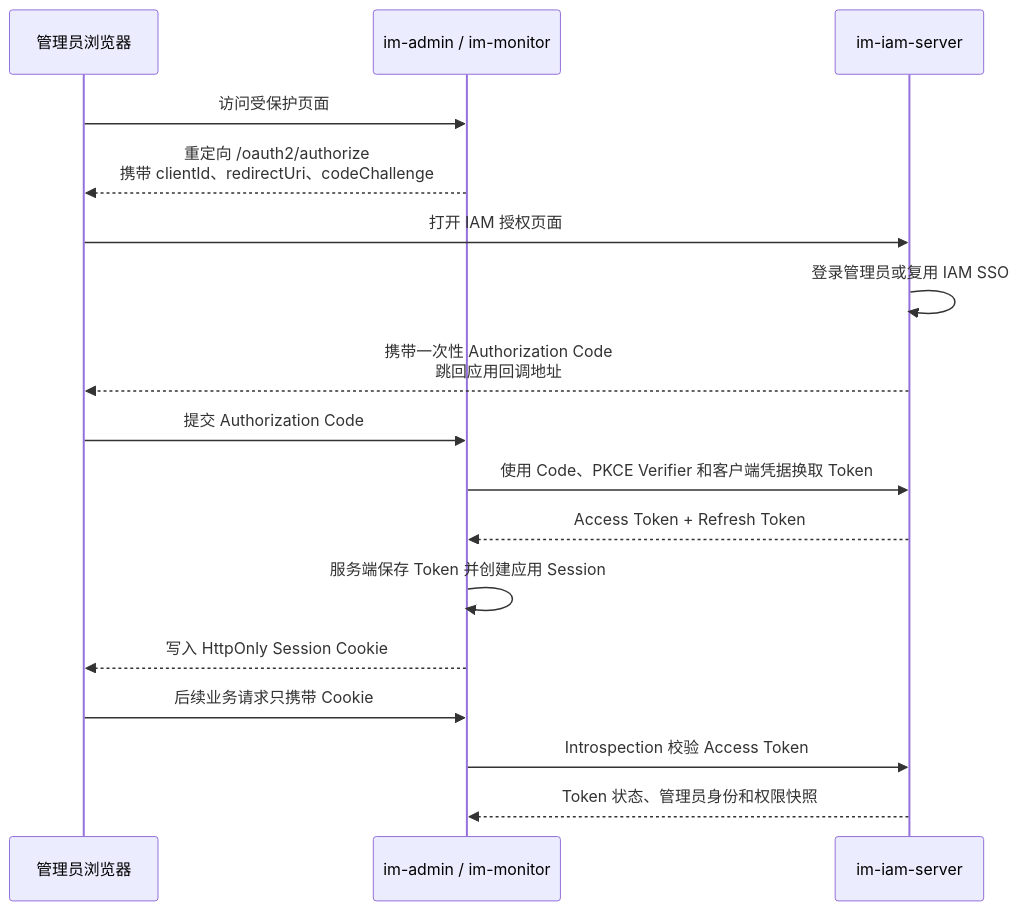
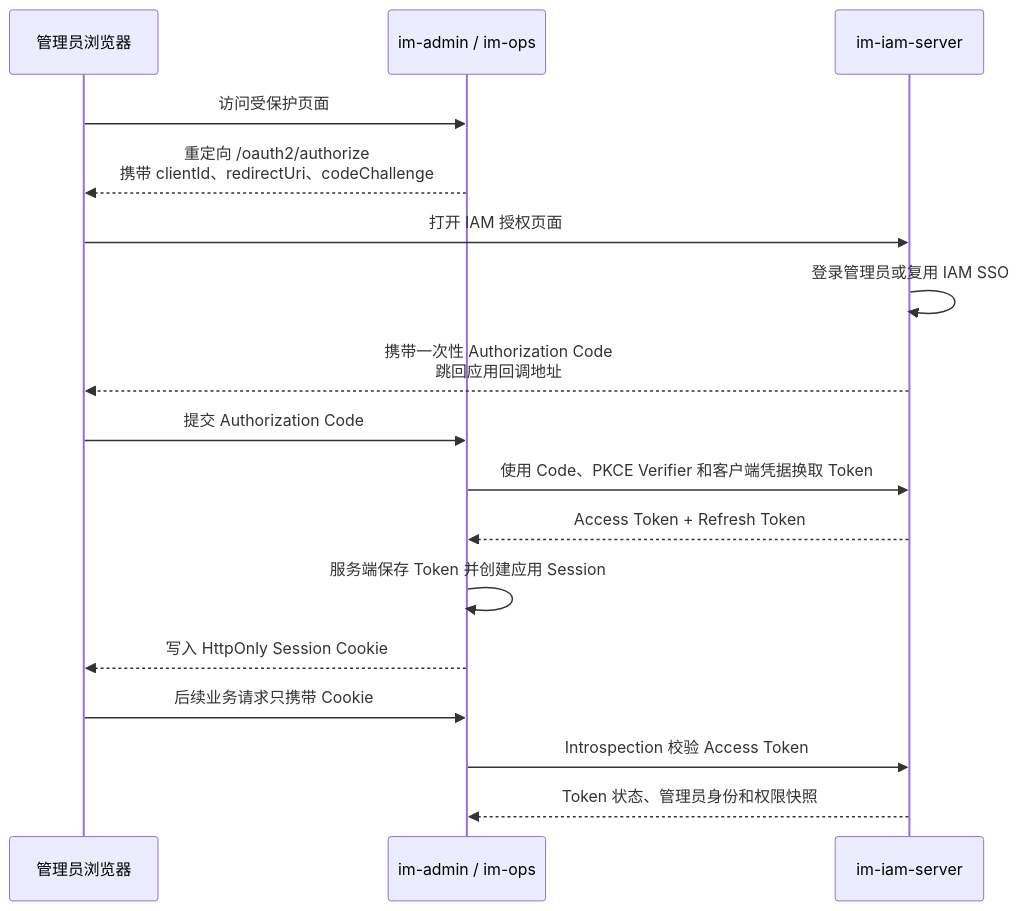
Before and after one commit to kc-co9/im-chat: the first of 3 diagrams in im-management/im-iam/README.md, drawn with Mermaid. The commit also changed other lines of this file and 919 other files, not shown here.

````diff
--- a/im-management/im-iam/README.md
+++ b/im-management/im-iam/README.md
@@ -137,20 +137,20 @@
 ```mermaid
 sequenceDiagram
     participant Browser as 管理员浏览器
-    participant App as im-admin / im-monitor
+    participant App as im-admin / im-ops
     participant IAM as im-iam-server
 
     Browser->>App: 访问受保护页面
     App-->>Browser: 重定向 /oauth2/authorize<br/>携带 clientId、redirectUri、codeChallenge
     Browser->>IAM: 打开 IAM 授权页面
     IAM->>IAM: 登录管理员或复用 IAM SSO
     IAM-->>Browser: 携带一次性 Authorization Code<br/>跳回应用回调地址
     Browser->>App: 提交 Authorization Code
     App->>IAM: 使用 Code、PKCE Verifier 和客户端凭据换取 Token
     IAM-->>App: Access Token + Refresh Token
     App->>App: 服务端保存 Token 并创建应用 Session
     App-->>Browser: 写入 HttpOnly Session Cookie
     Browser->>App: 后续业务请求只携带 Cookie
     App->>IAM: Introspection 校验 Access Token
     IAM-->>App: Token 状态、管理员身份和权限快照
 ```
````
